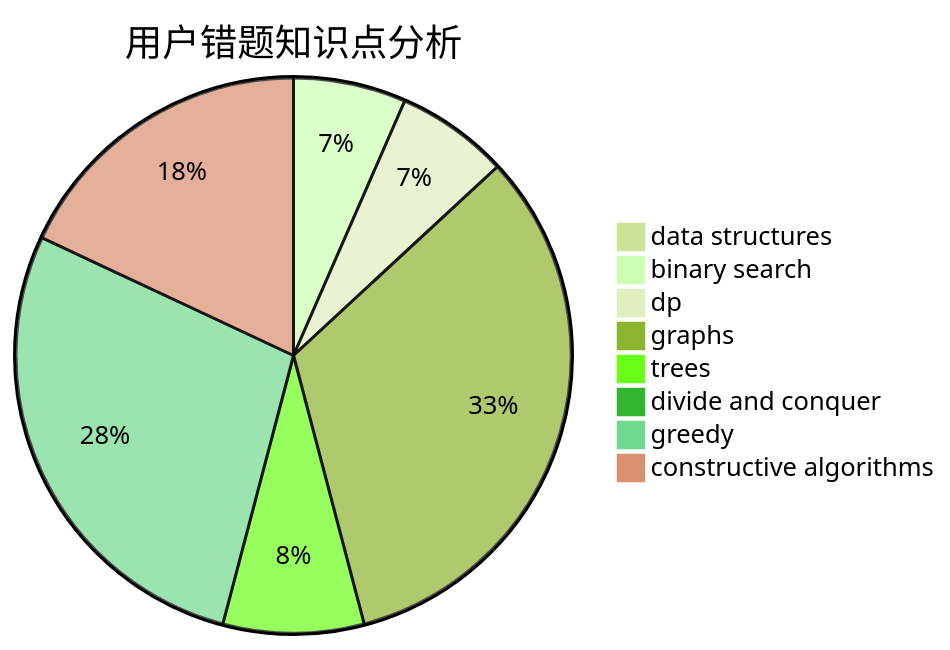
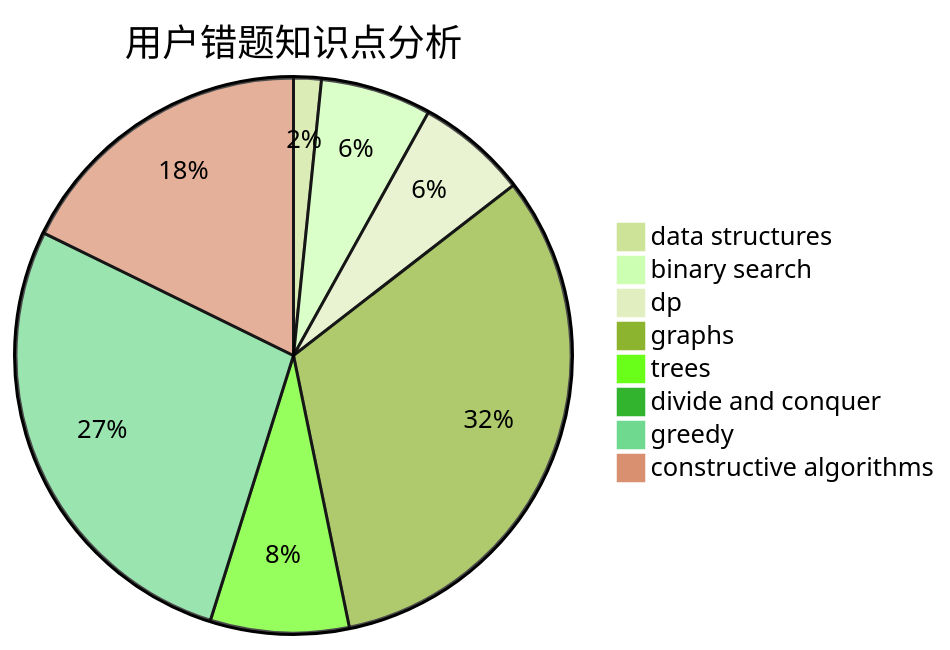
One commit to sherpahu/cfrs.github.io changed the third of 3 diagrams in docs/user/u1810.md. Above: the diagram before and after it, drawn with Mermaid (forest theme). The commit also changed other lines of this file and 2770 other files, not shown here.

````diff
--- a/docs/user/u1810.md
+++ b/docs/user/u1810.md
@@ -36,11 +36,11 @@
 ```mermaid
 pie title 用户错题知识点分析
-    "data structures" :  0
+    "data structures" :  1
     "binary search" :  4
     "dp" :  4
     "graphs" :  20
     "trees" :  5
     "divide and conquer" :  0
     "greedy" :  17
     "constructive algorithms" :  11
 ```
````
